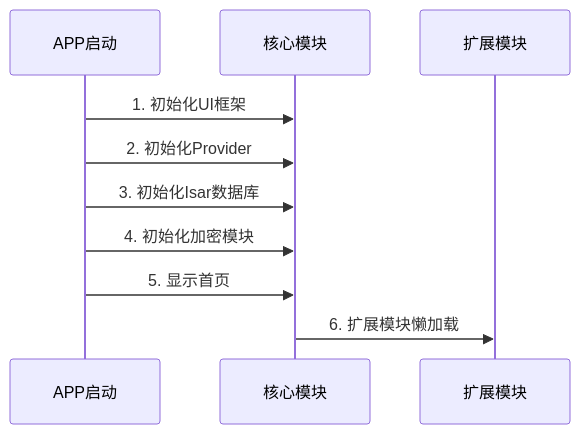
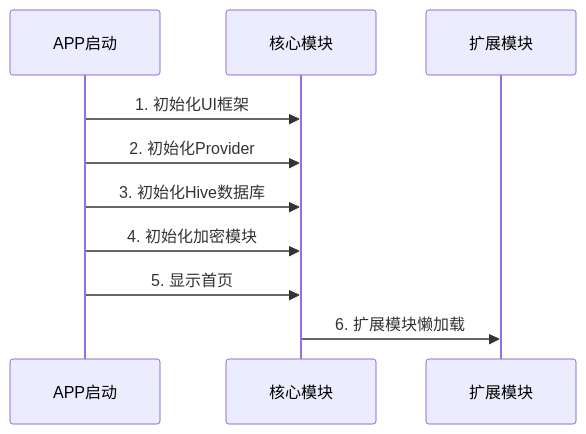
Before and after one commit to babydu/piaoju4.2: the second of 6 diagrams in .monkeycode/specs/ticket-vault/design.md, drawn with Mermaid. The commit also changed other lines of this file and 2 other files, not shown here.

````diff
--- a/.monkeycode/specs/ticket-vault/design.md
+++ b/.monkeycode/specs/ticket-vault/design.md
@@ -86,13 +99,13 @@
 ```mermaid
 sequenceDiagram
     participant App as APP启动
     participant Core as 核心模块
     participant Ext as 扩展模块
     
     App->>Core: 1. 初始化UI框架
     App->>Core: 2. 初始化Provider
-    App->>Core: 3. 初始化Isar数据库
+    App->>Core: 3. 初始化Hive数据库
     App->>Core: 4. 初始化加密模块
     App->>Core: 5. 显示首页
     Core->>Ext: 6. 扩展模块懒加载
 ```
````
